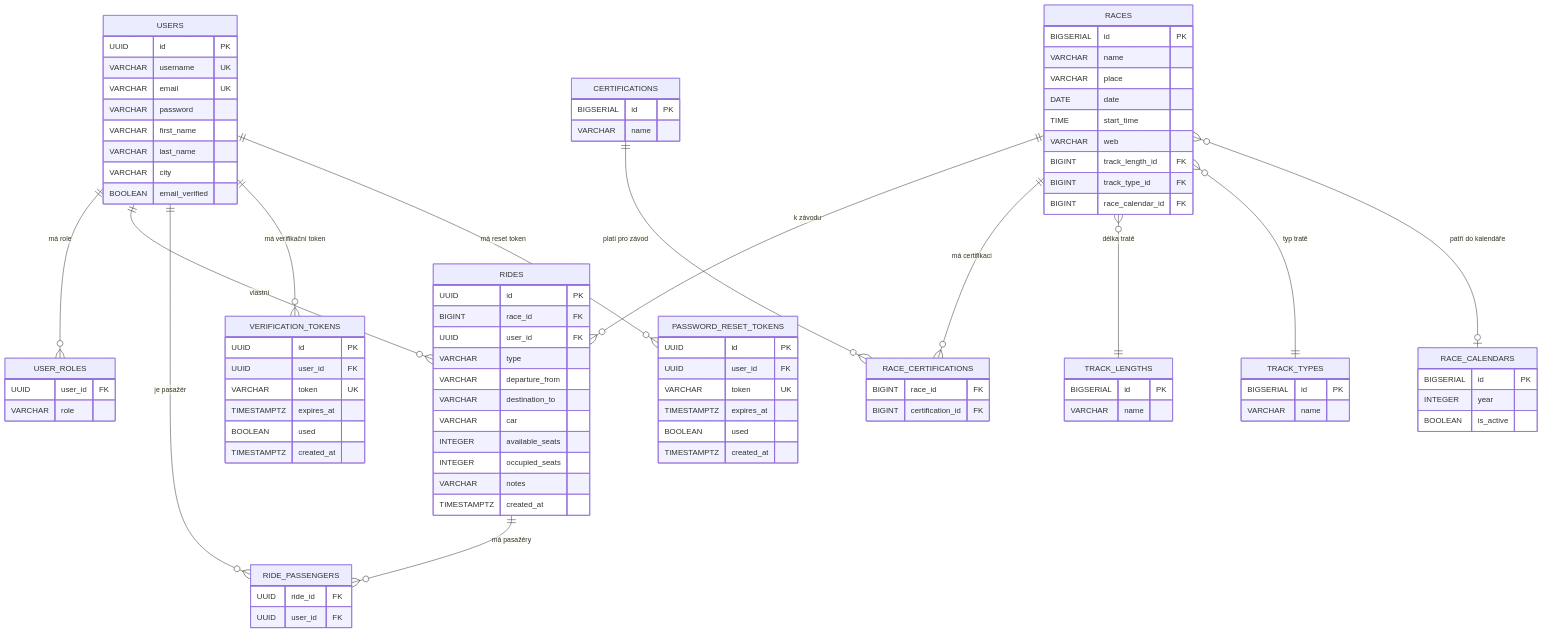
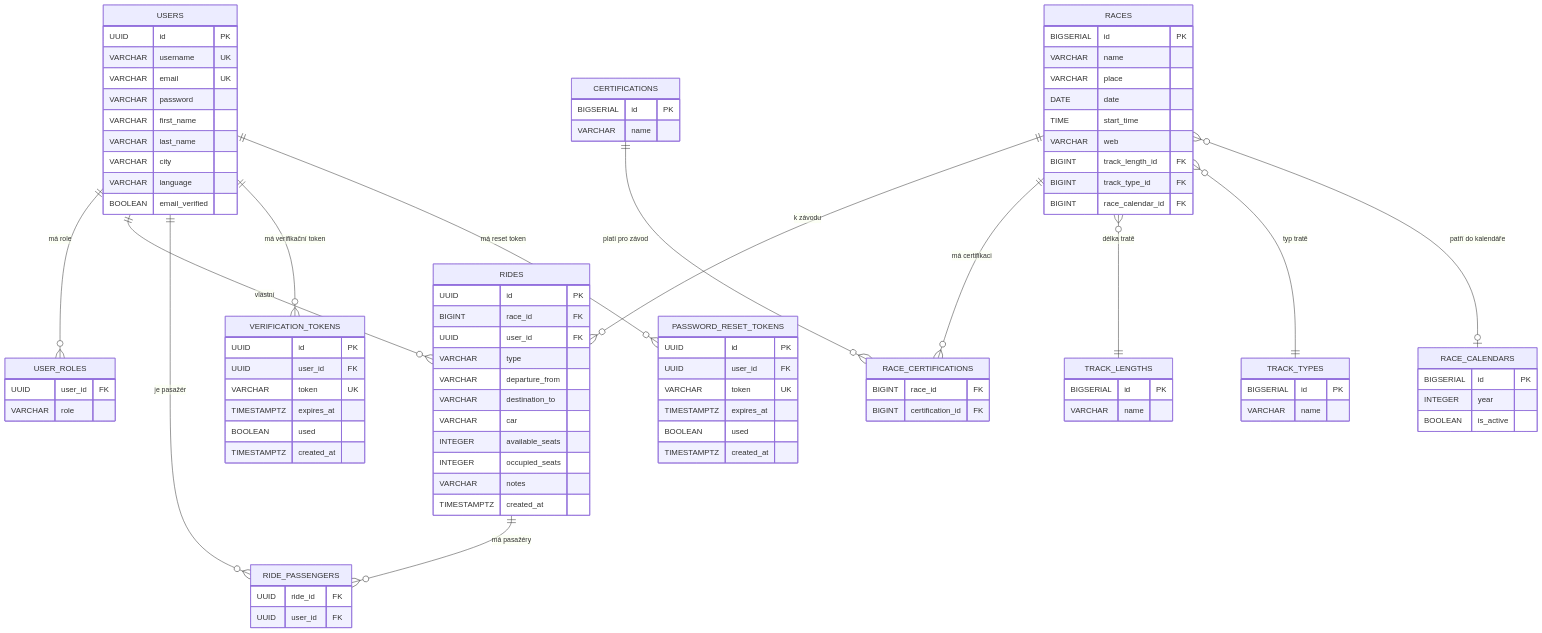
Before and after one commit to ifischerova/runners-for-runners: the third of 11 diagrams in SDD.md, drawn with Mermaid. The commit also changed other lines of this file and 8 other files, not shown here.

```diff
--- a/SDD.md
+++ b/SDD.md
@@ -206,6 +206,7 @@
         VARCHAR first_name
         VARCHAR last_name
         VARCHAR city
+        VARCHAR language
         BOOLEAN email_verified
     }
 
```
